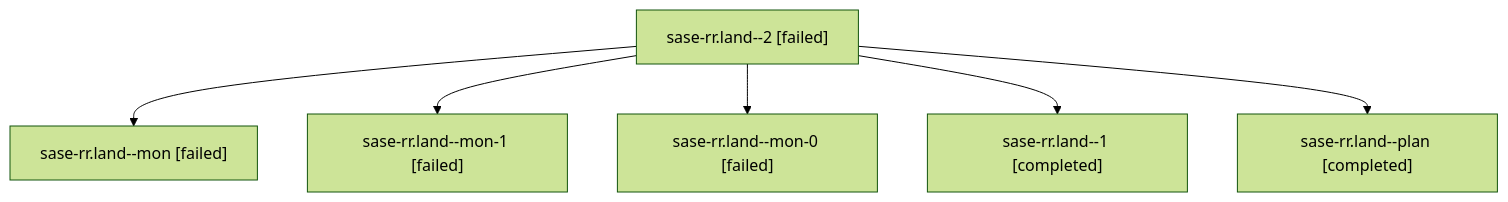
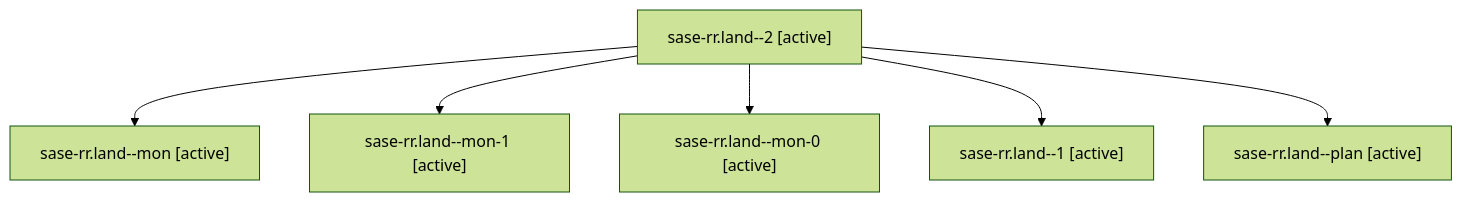
One commit to sase-org/sase--agents changed the diagram in families/bbugyi200.athena.sase-rr.land.md. Above: the diagram before and after it, drawn with Mermaid (forest theme). The commit also changed other lines of this file and 35830 other files, not shown here.

````diff
--- a/families/bbugyi200.athena.sase-rr.land.md
+++ b/families/bbugyi200.athena.sase-rr.land.md
@@ -9,14 +9,14 @@
 ```mermaid
 flowchart TD
-  n0["sase-rr.land--2 [failed]"]
-  n1["sase-rr.land--mon [failed]"]
+  n0["sase-rr.land--2 [active]"]
+  n1["sase-rr.land--mon [active]"]
   n0 --> n1
-  n2["sase-rr.land--mon-1 [failed]"]
+  n2["sase-rr.land--mon-1 [active]"]
   n0 --> n2
-  n3["sase-rr.land--mon-0 [failed]"]
+  n3["sase-rr.land--mon-0 [active]"]
   n0 --> n3
-  n4["sase-rr.land--1 [completed]"]
+  n4["sase-rr.land--1 [active]"]
   n0 --> n4
-  n5["sase-rr.land--plan [completed]"]
+  n5["sase-rr.land--plan [active]"]
   n0 --> n5
 ```
````
